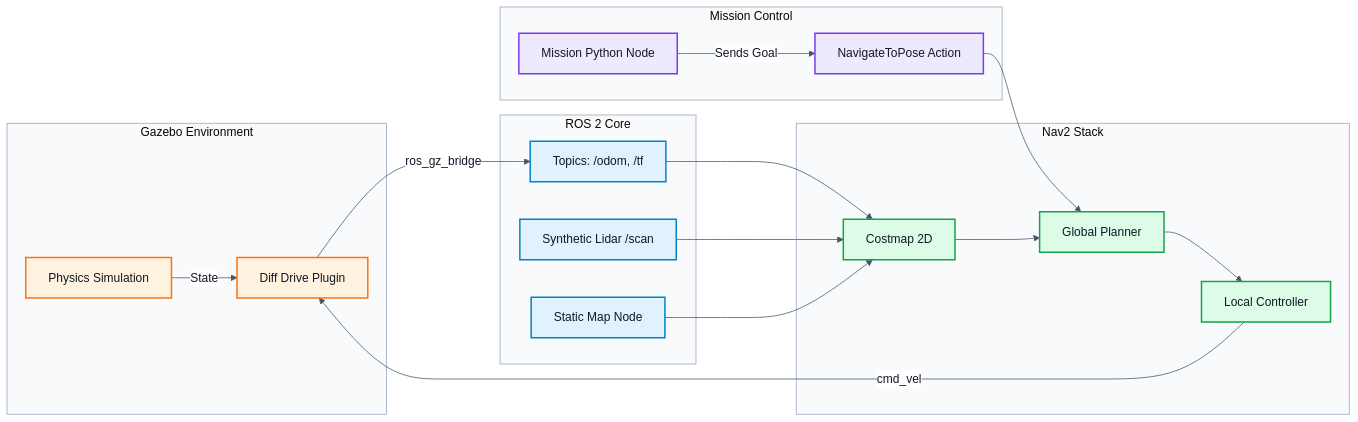
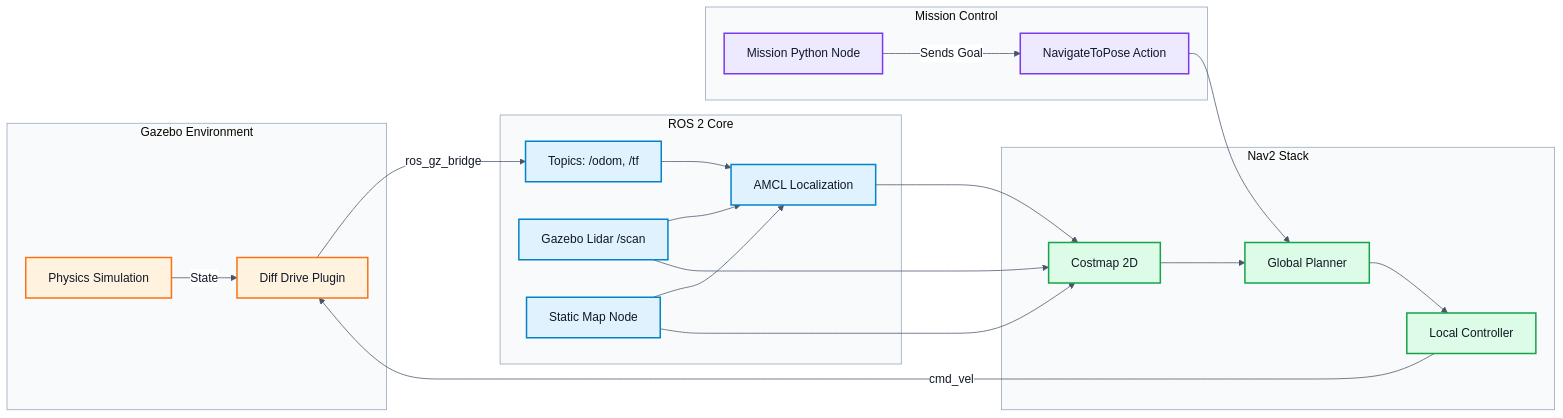
The diagram in README.md (13bad37/ROS2-Navbot-Simulation), drawn with Mermaid before and after one commit. The commit also changed other lines of this file and 14 other files, not shown here.

````diff
--- a/README.md
+++ b/README.md
@@ -66,46 +66,50 @@
 ```mermaid
 %%{init: {"theme": "base", "themeVariables": {"fontFamily": "Arial, sans-serif", "primaryTextColor": "#111827", "lineColor": "#475569", "clusterBkg": "#f8fafc", "clusterBorder": "#94a3b8", "edgeLabelBackground": "#ffffff"}}}%%
 flowchart LR
     subgraph "Gazebo Environment"
         A[Physics Simulation] 
         I[Diff Drive Plugin]
     end
 
     subgraph "ROS 2 Core"
         C[Topics: /odom, /tf]
-        L[Synthetic Lidar /scan]
+        L[Gazebo Lidar /scan]
         D[Static Map Node]
+        M[AMCL Localization]
     end
 
     subgraph "Nav2 Stack"
         E[Costmap 2D]
         F[Global Planner]
         G[Local Controller]
     end
     
     subgraph "Mission Control"
         J[Mission Python Node]
         K[NavigateToPose Action]
     end
 
     A -->|State| I
     I -->|ros_gz_bridge| C
-    C --> E
+    C --> M
+    L --> M
+    D --> M
+    M --> E
     L --> E
     D --> E
     E --> F
     F --> G
     G -->|cmd_vel| I
     J -->|Sends Goal| K
     K --> F
 
     classDef gazebo fill:#fff3e0,stroke:#f97316,stroke-width:2px,color:#111827;
     classDef ros fill:#e0f2fe,stroke:#0284c7,stroke-width:2px,color:#111827;
     classDef nav fill:#dcfce7,stroke:#16a34a,stroke-width:2px,color:#111827;
     classDef control fill:#ede9fe,stroke:#7c3aed,stroke-width:2px,color:#111827;
 
     class A,I gazebo;
-    class C,L,D ros;
+    class C,L,D,M ros;
     class E,F,G nav;
     class J,K control;
 ```
````
